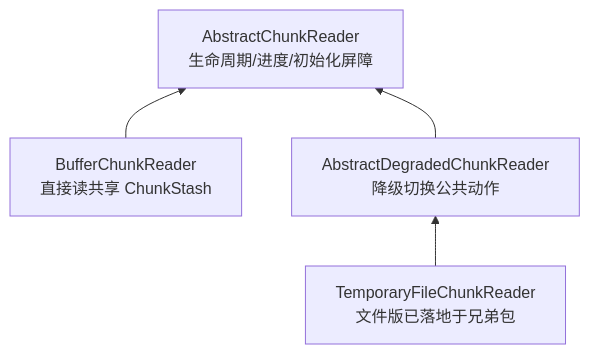
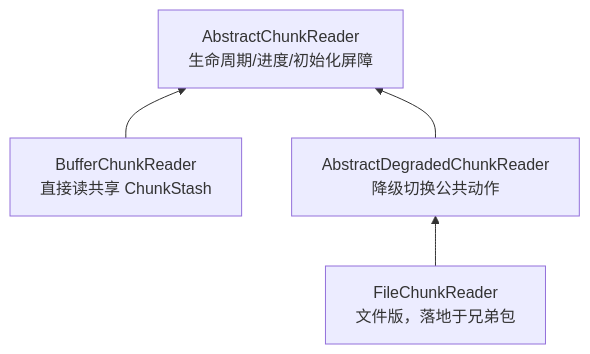
The fourth of 6 diagrams in DESIGN.md (produck/fugue), drawn with Mermaid before and after one commit. The commit also changed other lines of this file and 17 other files, not shown here.

````diff
--- a/DESIGN.md
+++ b/DESIGN.md
@@ -409,10 +404,10 @@
 ```mermaid
 graph BT
     BufferChunkReader["BufferChunkReader<br/>直接读共享 ChunkStash"]
     AbstractDegradedChunkReader["AbstractDegradedChunkReader<br/>降级切换公共动作"]
-    TemporaryFileChunkReader["TemporaryFileChunkReader<br/>文件版已落地于兄弟包"]
+    FileChunkReader["FileChunkReader<br/>文件版，落地于兄弟包"]
     AbstractChunkReader["AbstractChunkReader<br/>生命周期/进度/初始化屏障"]
     BufferChunkReader --> AbstractChunkReader
     AbstractDegradedChunkReader --> AbstractChunkReader
-    TemporaryFileChunkReader --> AbstractDegradedChunkReader
+    FileChunkReader --> AbstractDegradedChunkReader
 ```
````
